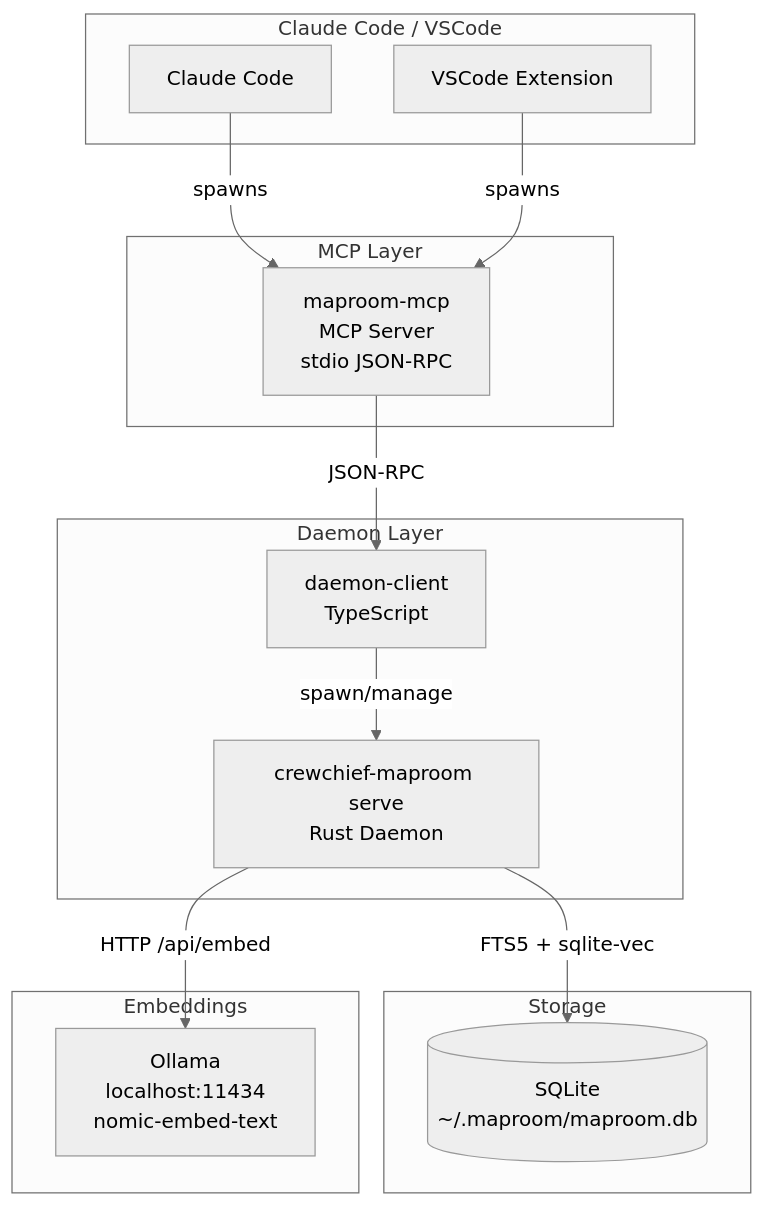
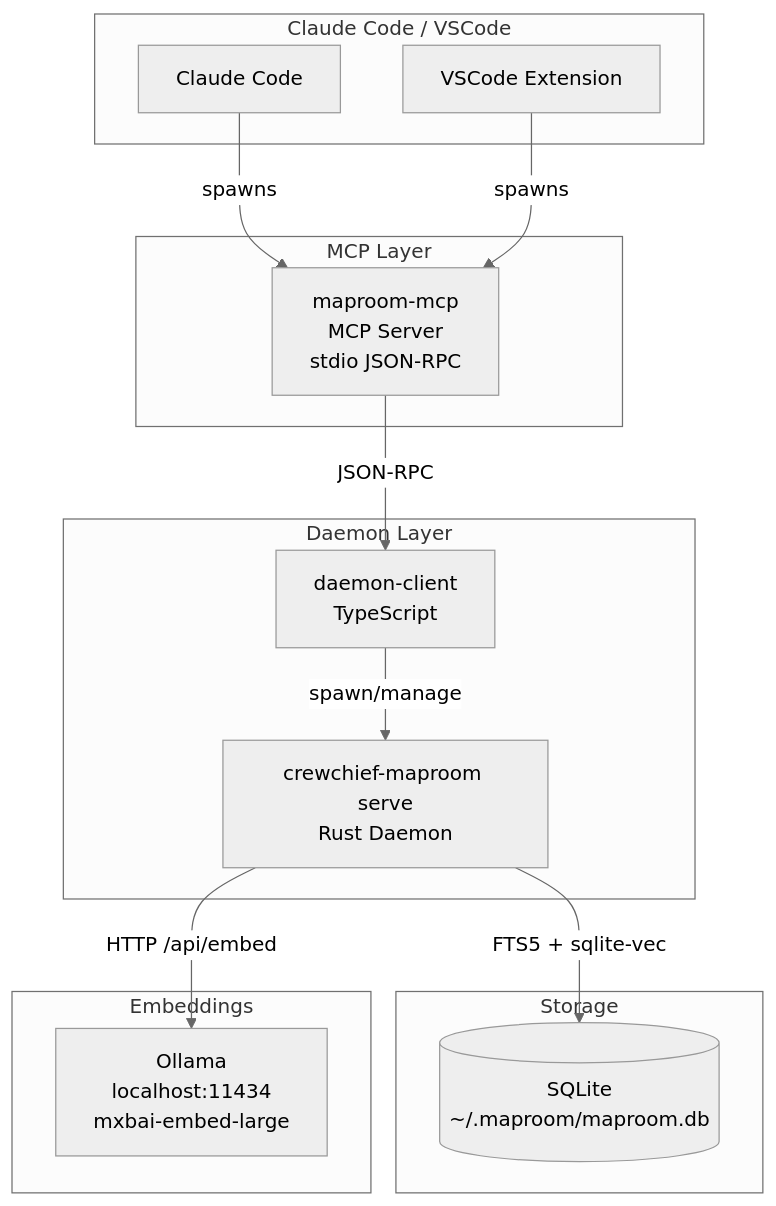
The first of 4 diagrams in docs/architecture/overview.md (manifoldlogic/crewchief), drawn with Mermaid (neutral theme) before and after one commit. The commit also changed other lines of this file and 9 other files, not shown here.

First line of the commit message:
docs(MXBAI-2004): update remaining docs to use mxbai-embed-large default

````diff
--- a/docs/architecture/overview.md
+++ b/docs/architecture/overview.md
@@ -7,31 +7,31 @@
 ```mermaid
 graph TB
     subgraph "Claude Code / VSCode"
         CC[Claude Code]
         VS[VSCode Extension]
     end
 
     subgraph "MCP Layer"
         MCP[maproom-mcp<br/>MCP Server<br/>stdio JSON-RPC]
     end
 
     subgraph "Daemon Layer"
         DC[daemon-client<br/>TypeScript]
         DM[crewchief-maproom serve<br/>Rust Daemon]
     end
 
     subgraph "Storage"
         DB[(SQLite<br/>~/.maproom/maproom.db)]
     end
 
     subgraph "Embeddings"
-        OL[Ollama<br/>localhost:11434<br/>nomic-embed-text]
+        OL[Ollama<br/>localhost:11434<br/>mxbai-embed-large]
     end
 
     CC -->|spawns| MCP
     VS -->|spawns| MCP
     MCP -->|JSON-RPC| DC
     DC -->|spawn/manage| DM
     DM -->|FTS5 + sqlite-vec| DB
     DM -->|HTTP /api/embed| OL
 ```
````
